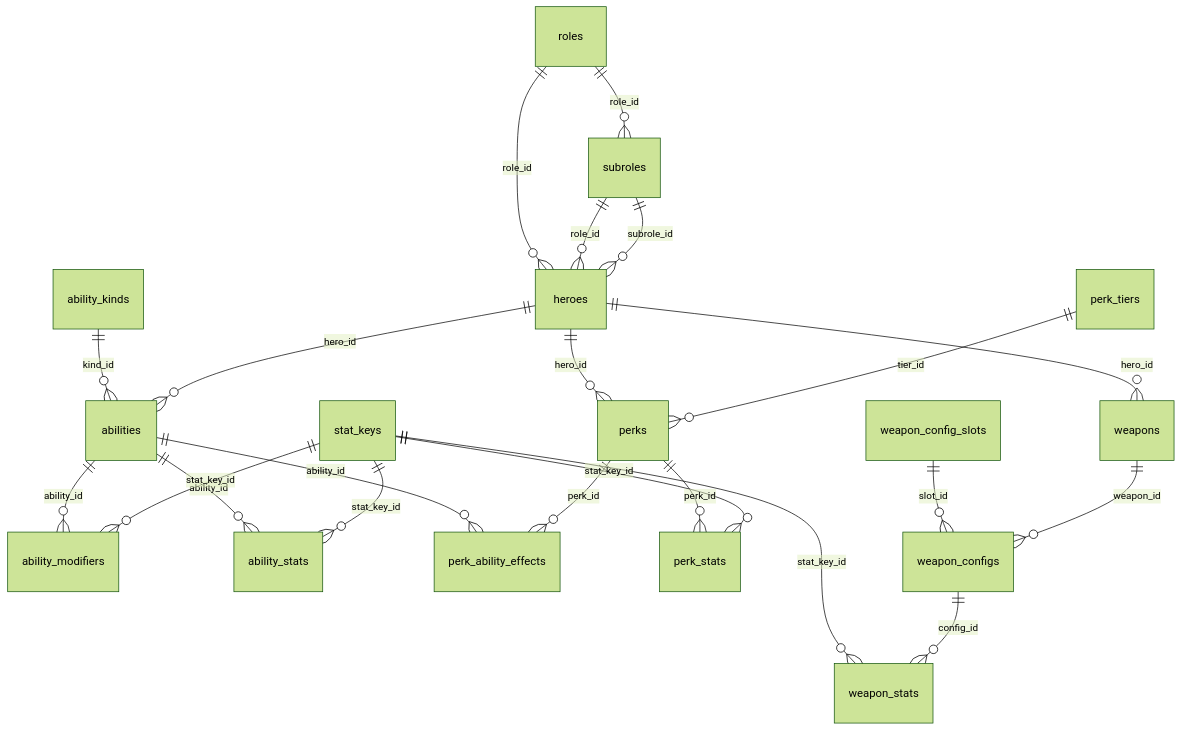
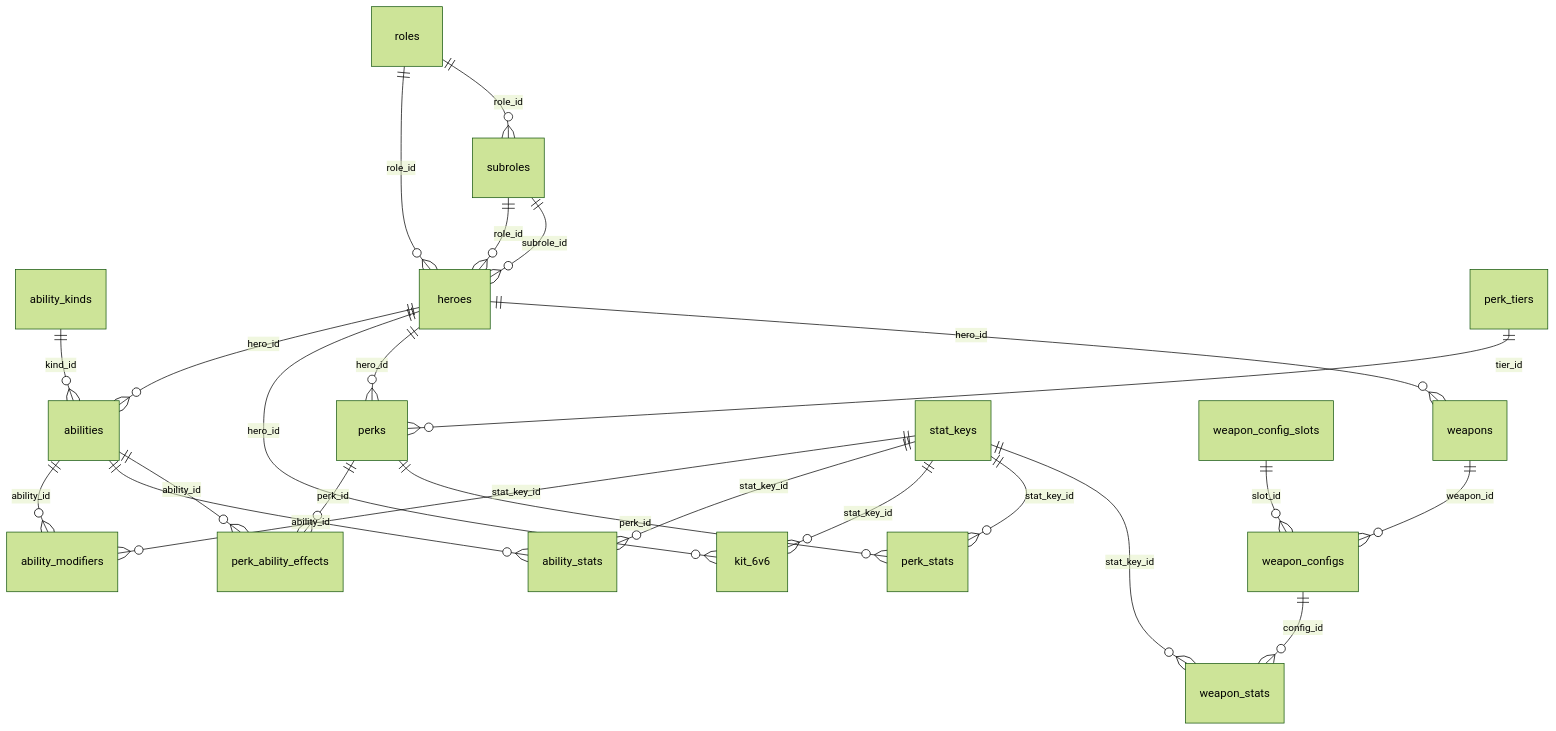
Before and after one commit to mmikol/counter-utility-matrix: the second of 8 diagrams in docs/db.md, drawn with Mermaid (forest theme). The commit also changed other lines of this file and 23 other files, not shown here.

````diff
--- a/docs/db.md
+++ b/docs/db.md
@@ -236,24 +236,26 @@
 ```mermaid
 erDiagram
     abilities ||--o{ ability_modifiers : "ability_id"
     abilities ||--o{ ability_stats : "ability_id"
     abilities ||--o{ perk_ability_effects : "ability_id"
     ability_kinds ||--o{ abilities : "kind_id"
     heroes ||--o{ abilities : "hero_id"
+    heroes ||--o{ kit_6v6 : "hero_id"
     heroes ||--o{ perks : "hero_id"
     heroes ||--o{ weapons : "hero_id"
     perk_tiers ||--o{ perks : "tier_id"
     perks ||--o{ perk_ability_effects : "perk_id"
     perks ||--o{ perk_stats : "perk_id"
     roles ||--o{ heroes : "role_id"
     roles ||--o{ subroles : "role_id"
     stat_keys ||--o{ ability_modifiers : "stat_key_id"
     stat_keys ||--o{ ability_stats : "stat_key_id"
+    stat_keys ||--o{ kit_6v6 : "stat_key_id"
     stat_keys ||--o{ perk_stats : "stat_key_id"
     stat_keys ||--o{ weapon_stats : "stat_key_id"
     subroles ||--o{ heroes : "role_id"
     subroles ||--o{ heroes : "subrole_id"
     weapon_config_slots ||--o{ weapon_configs : "slot_id"
     weapon_configs ||--o{ weapon_stats : "config_id"
     weapons ||--o{ weapon_configs : "weapon_id"
 ```
````
